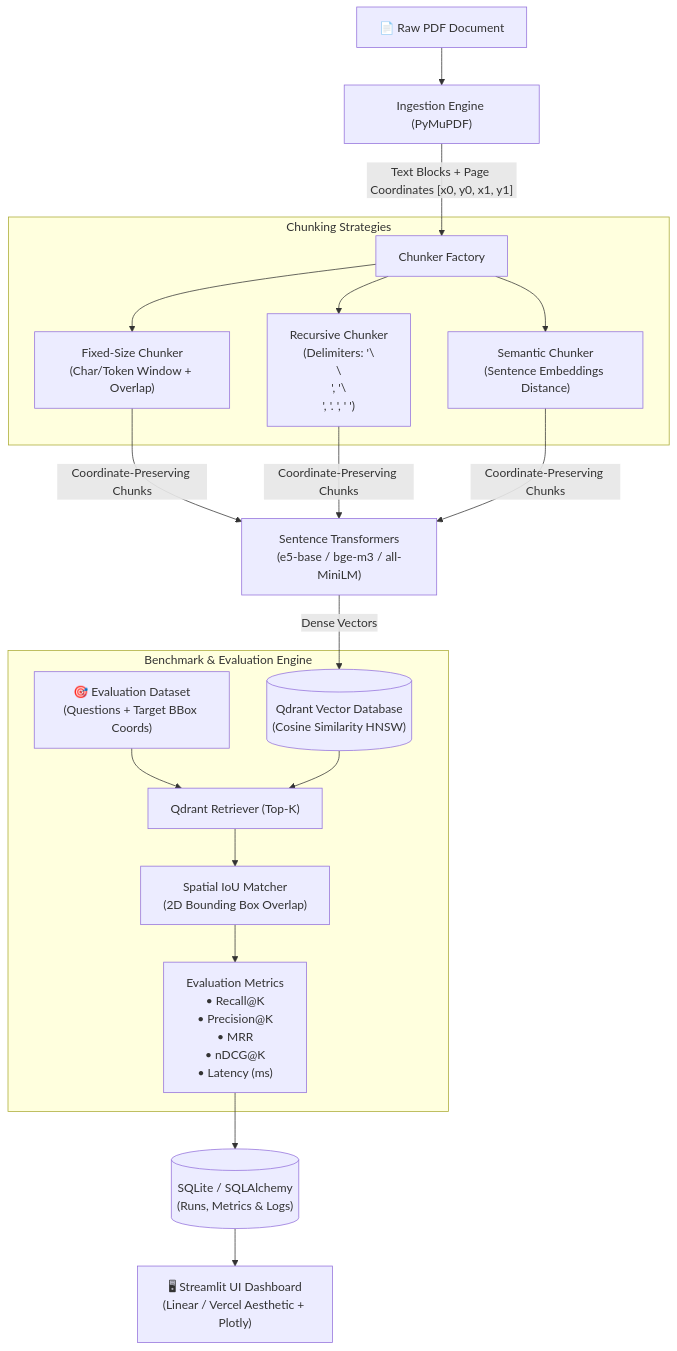
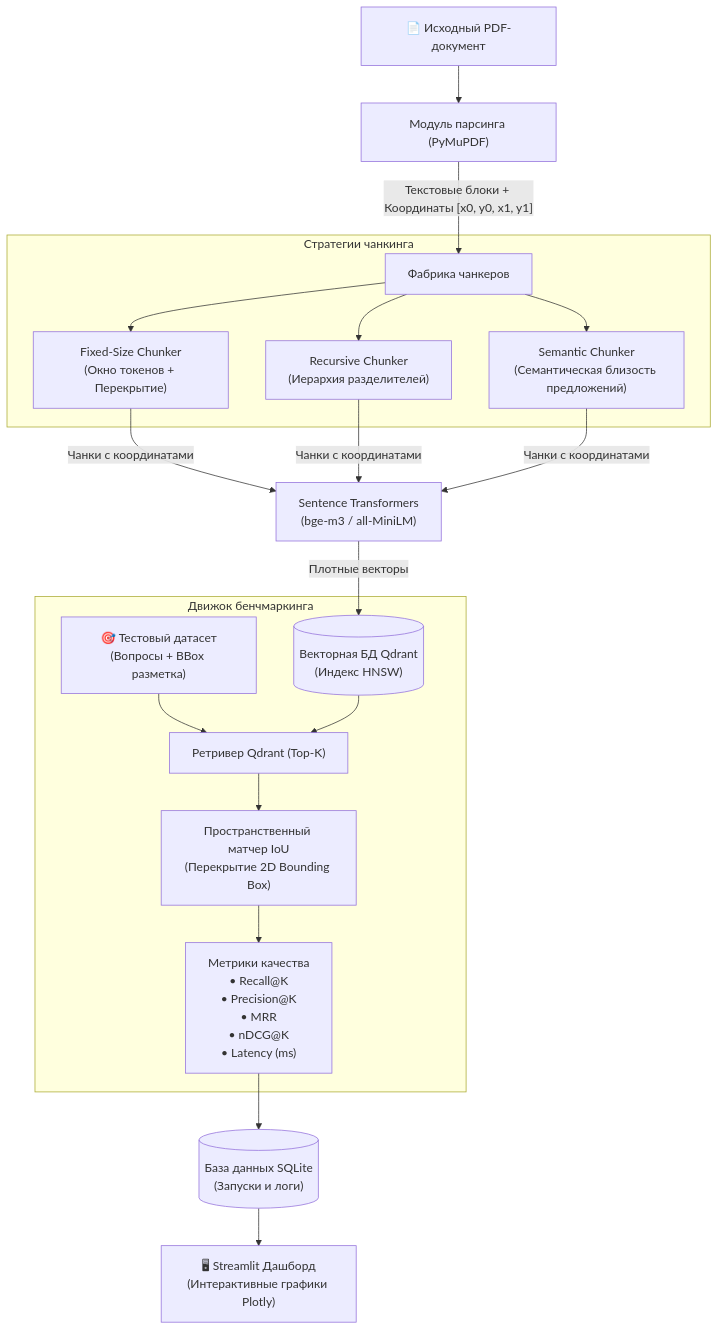
The diagram in README.md (egorfm/chunklab), drawn with Mermaid before and after one commit. The commit also changed other lines of this file, not shown here.

````diff
--- a/README.md
+++ b/README.md
@@ -33,27 +30,27 @@
 ```mermaid
 flowchart TD
-    PDF["📄 Raw PDF Document"] --> Ingestion["Ingestion Engine (PyMuPDF)"]
-    Ingestion -->|"Text Blocks + Page Coordinates [x0, y0, x1, y1]"| ChunkerFactory["Chunker Factory"]
+    PDF["📄 Исходный PDF-документ"] --> Ingestion["Модуль парсинга (PyMuPDF)"]
+    Ingestion -->|"Текстовые блоки + Координаты [x0, y0, x1, y1]"| ChunkerFactory["Фабрика чанкеров"]
 
-    subgraph Strategies["Chunking Strategies"]
-        ChunkerFactory --> Fixed["Fixed-Size Chunker\n(Char/Token Window + Overlap)"]
-        ChunkerFactory --> Recursive["Recursive Chunker\n(Delimiters: '\\n\\n', '\\n', '. ', ' ')"]
-        ChunkerFactory --> Semantic["Semantic Chunker\n(Sentence Embeddings Distance)"]
+    subgraph Strategies["Стратегии чанкинга"]
+        ChunkerFactory --> Fixed["Fixed-Size Chunker\n(Окно токенов + Перекрытие)"]
+        ChunkerFactory --> Recursive["Recursive Chunker\n(Иерархия разделителей)"]
+        ChunkerFactory --> Semantic["Semantic Chunker\n(Семантическая близость предложений)"]
     end
 
-    Fixed -->|"Coordinate-Preserving Chunks"| Embedder["Sentence Transformers\n(e5-base / bge-m3 / all-MiniLM)"]
-    Recursive -->|"Coordinate-Preserving Chunks"| Embedder
-    Semantic -->|"Coordinate-Preserving Chunks"| Embedder
+    Fixed -->|"Чанки с координатами"| Embedder["Sentence Transformers\n(bge-m3 / all-MiniLM)"]
+    Recursive -->|"Чанки с координатами"| Embedder
+    Semantic -->|"Чанки с координатами"| Embedder
 
-    Embedder -->|"Dense Vectors"| Qdrant[("Qdrant Vector Database\n(Cosine Similarity HNSW)")]
+    Embedder -->|"Плотные векторы"| Qdrant[("Векторная БД Qdrant\n(Индекс HNSW)")]
 
-    subgraph Benchmark["Benchmark & Evaluation Engine"]
-        Dataset["🎯 Evaluation Dataset\n(Questions + Target BBox Coords)"] --> Retriever["Qdrant Retriever (Top-K)"]
+    subgraph Benchmark["Движок бенчмаркинга"]
+        Dataset["🎯 Тестовый датасет\n(Вопросы + BBox разметка)"] --> Retriever["Ретривер Qdrant (Top-K)"]
         Qdrant --> Retriever
-        Retriever --> SpatialMatcher["Spatial IoU Matcher\n(2D Bounding Box Overlap)"]
-        SpatialMatcher --> Metrics["Evaluation Metrics\n• Recall@K\n• Precision@K\n• MRR\n• nDCG@K\n• Latency (ms)"]
+        Retriever --> SpatialMatcher["Пространственный матчер IoU\n(Перекрытие 2D Bounding Box)"]
+        SpatialMatcher --> Metrics["Метрики качества\n• Recall@K\n• Precision@K\n• MRR\n• nDCG@K\n• Latency (ms)"]
     end
 
-    Metrics --> SQLite[("SQLite / SQLAlchemy\n(Runs, Metrics & Logs)")]
-    SQLite --> Dashboard["🖥 Streamlit UI Dashboard\n(Linear / Vercel Aesthetic + Plotly)"]
+    Metrics --> SQLite[("База данных SQLite\n(Запуски и логи)")]
+    SQLite --> Dashboard["🖥 Streamlit Дашборд\n(Интерактивные графики Plotly)"]
 ```
````
